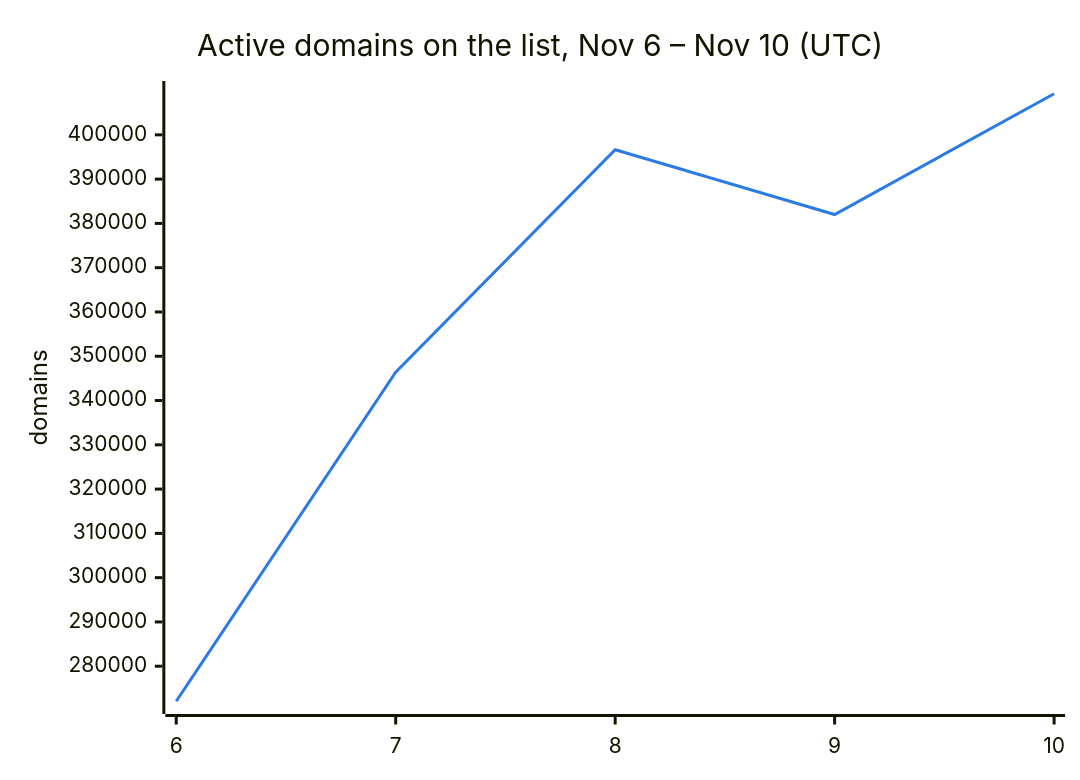
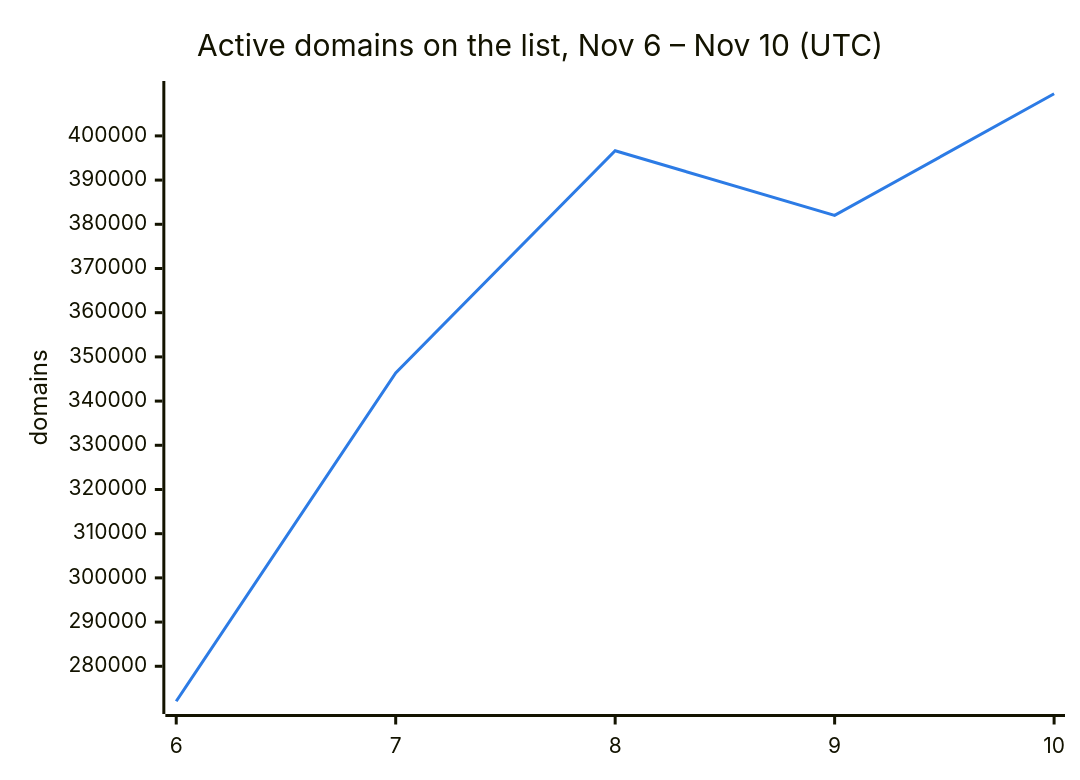
One commit to DNSBunker/CTI changed the second of 3 diagrams in README.md. Above: the diagram before and after it, drawn with Mermaid. The commit also changed other lines of this file and 3 other files, not shown here.

````diff
--- a/README.md
+++ b/README.md
@@ -38,8 +38,8 @@
 ```mermaid
 %%{init: {"themeVariables": {"xyChart": {"plotColorPalette": "#2c7be5"}}}}%%
 xychart-beta
     title "Active domains on the list, Nov 6 – Nov 10 (UTC)"
     x-axis ["6", "7", "8", "9", "10"]
     y-axis "domains"
-    line [272088, 346388, 396638, 382009, 409281]
+    line [272088, 346388, 396638, 382009, 409536]
 ```
````
